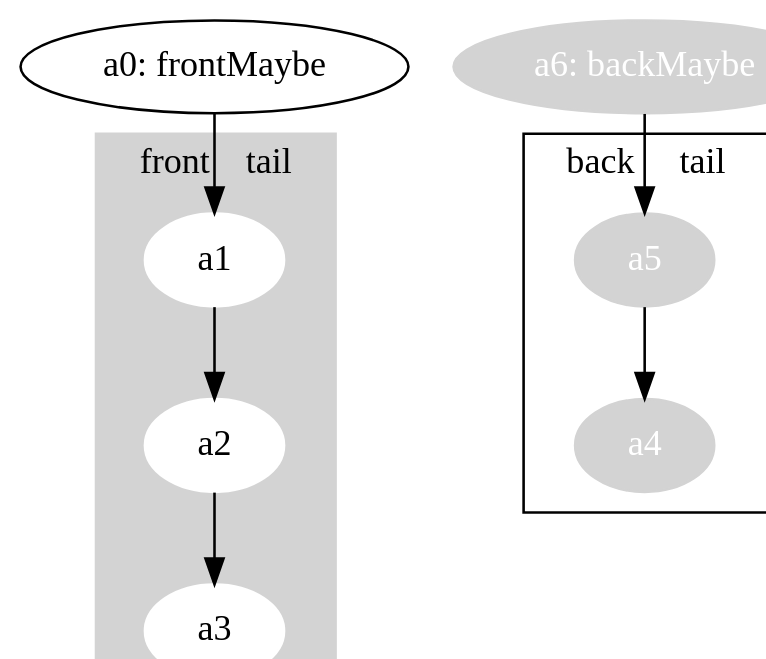
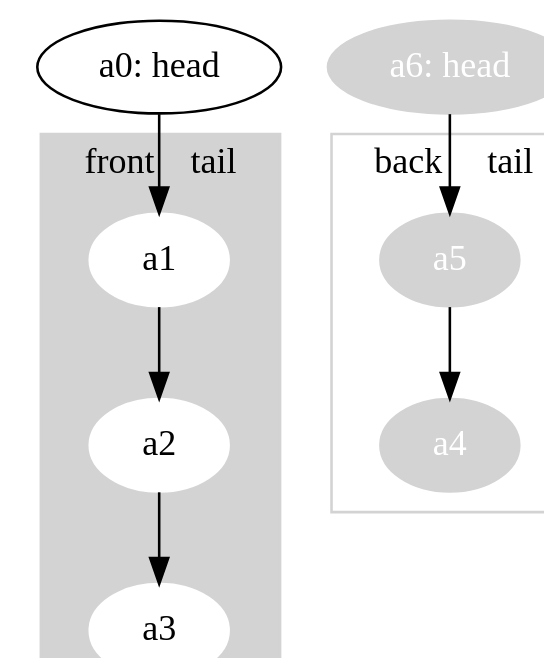
Diagram 19 of 19 in manuscript/book.org (fommil/fpmortals), drawn with Graphviz before and after one commit. The commit also changed 1 other file, not shown here.

Commit message:
fixup! fixup! fixup! Dequeue

```diff
--- a/manuscript/book.org
+++ b/manuscript/book.org
@@ -7176,25 +7176,26 @@
 #+BEGIN_SRC dot :cmd dot :file images/dequeue.png :exports results
 digraph G {
     graph [dpi=100];
     node [fontname=Hack];
 
     subgraph cluster_front {
         style=filled;
         color=lightgrey;
         node [style=filled,color=white];
         a1;
         a1 -> a2 -> a3;
         label = "front    tail";
     }
 
     subgraph cluster_back {
         node [style=filled,fontcolor=white,color=lightgray];
         a5 -> a4
         label = "back     tail";
+        color=lightgray;
     }
-    a0 [label="a0: frontMaybe"];
-    a6 [label="a6: backMaybe",style=filled,color=lightgray,fontcolor=white];
+    a0 [label="a0: head"];
+    a6 [label="a6: head",style=filled,color=lightgray,fontcolor=white];
     a0 -> a1;
     a6 -> a5;
 }
 #+END_SRC
```
